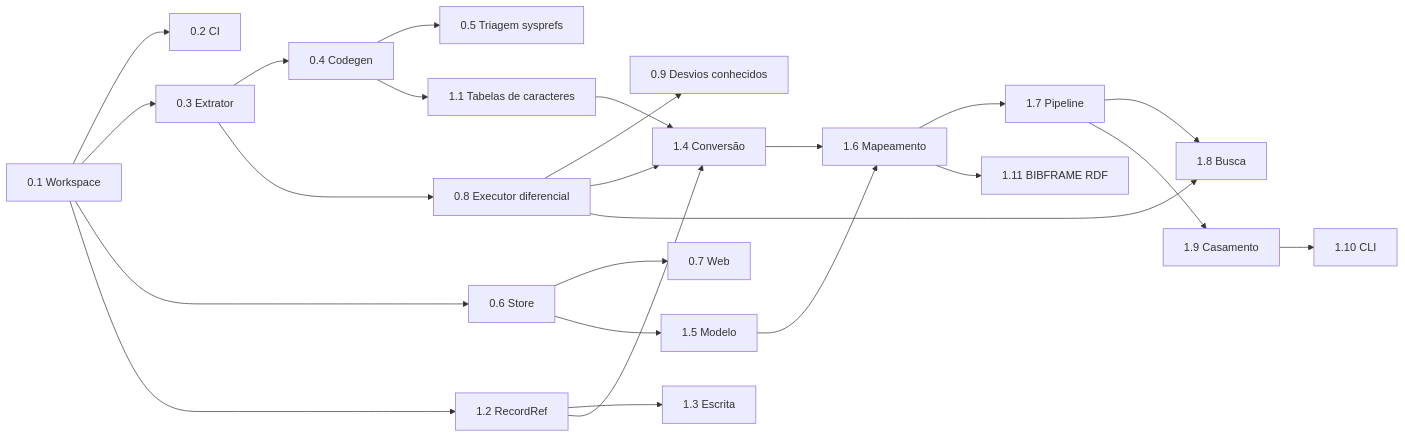
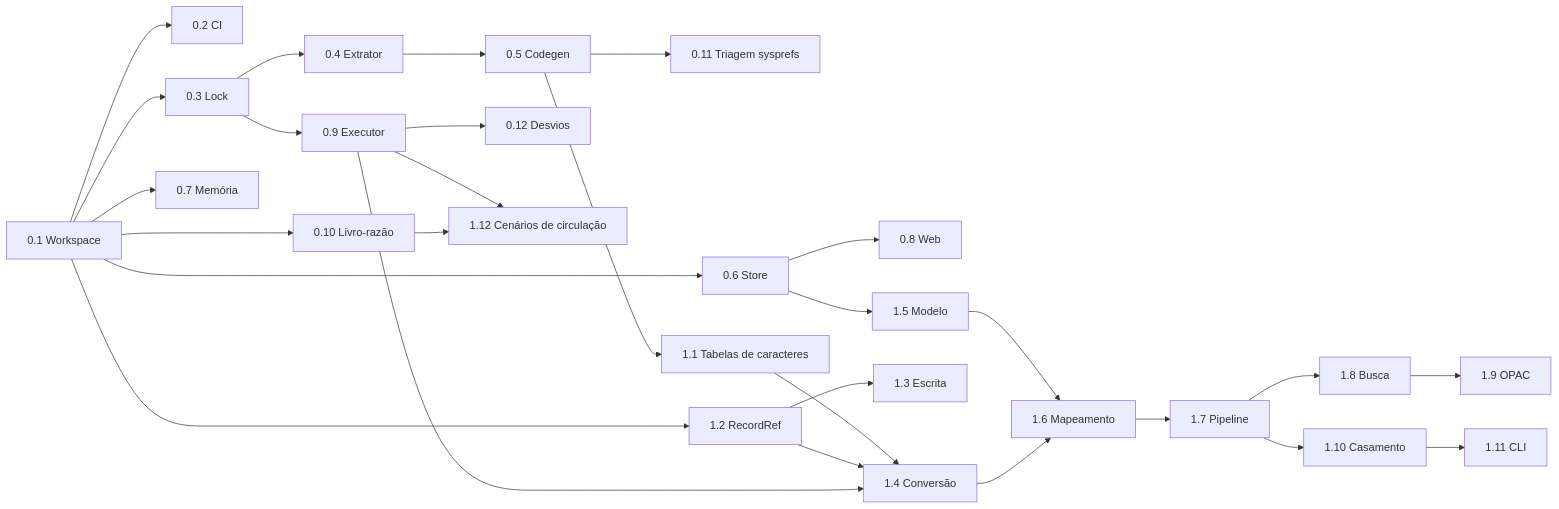
The fourth of 4 diagrams in docs/arquitetura/03-estrategia-reconstrucao.md (PauloFBaldiFH/Atrium), drawn with Mermaid before and after one commit. The commit also changed other lines of this file and 1 other file, not shown here.

````diff
--- a/docs/arquitetura/03-estrategia-reconstrucao.md
+++ b/docs/arquitetura/03-estrategia-reconstrucao.md
@@ -394,17 +338,19 @@
 ```mermaid
 flowchart LR
     T01["0.1 Workspace"] --> T02["0.2 CI"]
-    T01 --> T03["0.3 Extrator"] --> T04["0.4 Codegen"] --> T05["0.5 Triagem sysprefs"]
-    T01 --> T06["0.6 Store"] --> T07["0.7 Web"]
-    T03 --> T08["0.8 Executor diferencial"] --> T09["0.9 Desvios conhecidos"]
-    T04 --> T11["1.1 Tabelas de caracteres"] --> T14["1.4 Conversão"]
+    T01 --> T03["0.3 Lock"] --> T04["0.4 Extrator"] --> T05["0.5 Codegen"]
+    T05 --> T011["0.11 Triagem sysprefs"]
+    T01 --> T06["0.6 Store"] --> T08["0.8 Web"]
+    T01 --> T07["0.7 Memória"]
+    T03 --> T09["0.9 Executor"] --> T012["0.12 Desvios"]
+    T01 --> T010["0.10 Livro-razão"]
+    T05 --> T11["1.1 Tabelas de caracteres"] --> T14["1.4 Conversão"]
     T01 --> T12["1.2 RecordRef"] --> T13["1.3 Escrita"]
     T12 --> T14
     T06 --> T15["1.5 Modelo"] --> T16["1.6 Mapeamento"]
-    T14 --> T16
-    T16 --> T17["1.7 Pipeline"] --> T18["1.8 Busca"]
-    T17 --> T19["1.9 Casamento"] --> T110["1.10 CLI"]
-    T16 --> T111["1.11 BIBFRAME RDF"]
-    T08 --> T14
-    T08 --> T18
+    T14 --> T16 --> T17["1.7 Pipeline"] --> T18["1.8 Busca"] --> T19["1.9 OPAC"]
+    T17 --> T110["1.10 Casamento"] --> T111["1.11 CLI"]
+    T09 --> T112["1.12 Cenários de circulação"]
+    T010 --> T112
+    T09 --> T14
 ```
````
